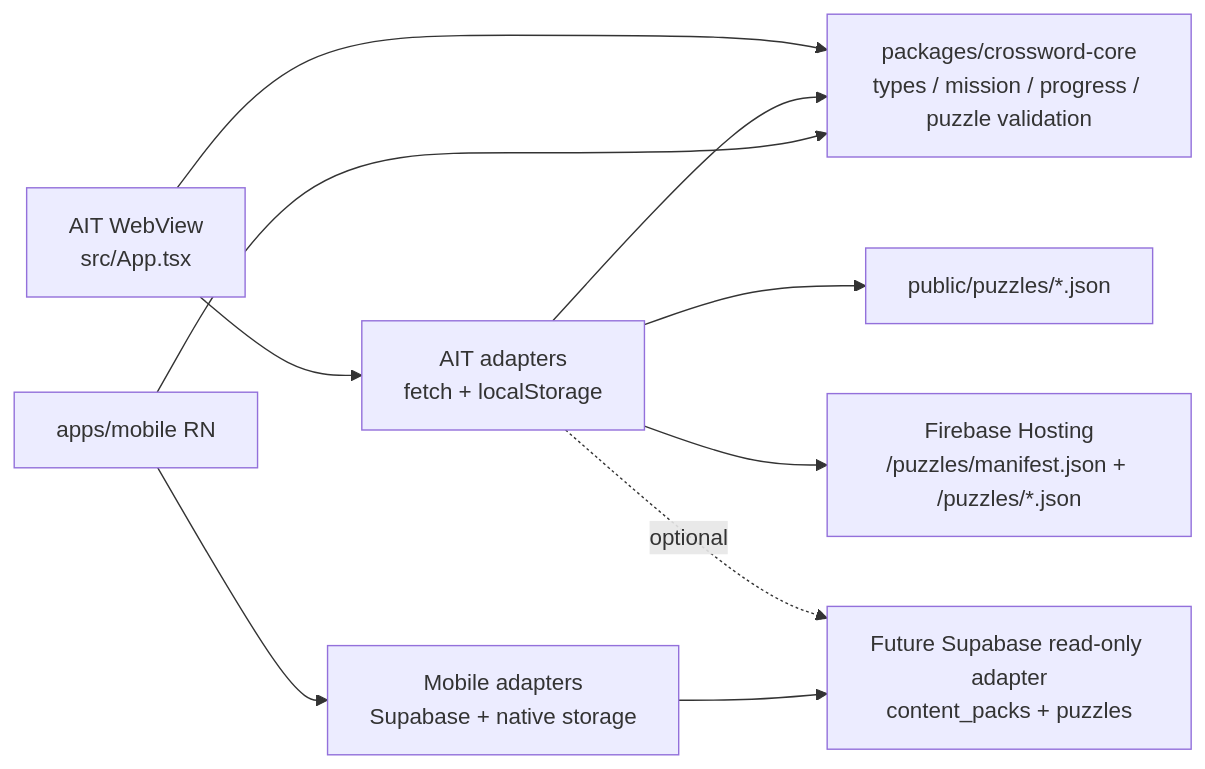
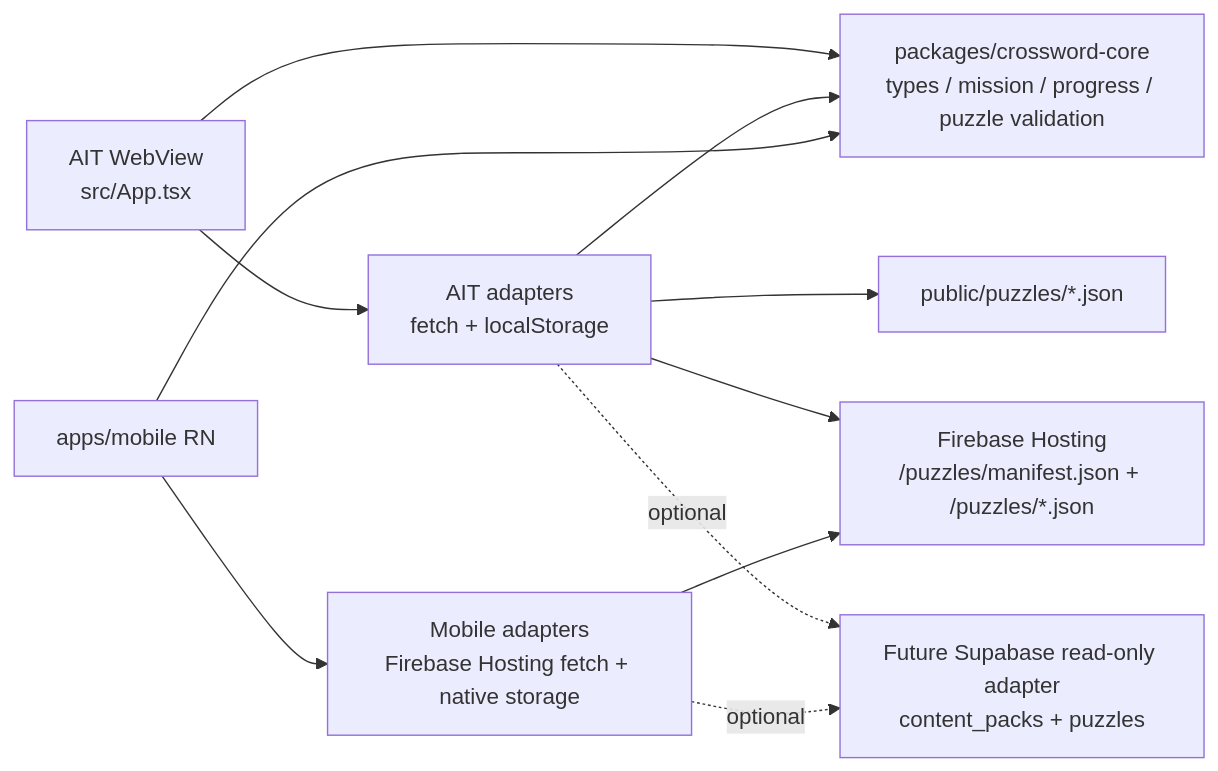
One commit to seorilabs/crossword-puzzle changed the second of 3 diagrams in docs/architecture.md. Above: the diagram before and after it, drawn with Mermaid. The commit also changed other lines of this file and 46 other files, not shown here.

````diff
--- a/docs/architecture.md
+++ b/docs/architecture.md
@@ -41,20 +41,21 @@
 ```mermaid
 flowchart LR
   Core["packages/crossword-core<br/>types / mission / progress / puzzle validation"]
   AIT["AIT WebView<br/>src/App.tsx"]
   AITAdapters["AIT adapters<br/>fetch + localStorage"]
   FirebaseHosting["Firebase Hosting<br/>/puzzles/manifest.json + /puzzles/*.json"]
   SupabaseRead["Future Supabase read-only adapter<br/>content_packs + puzzles"]
   Mobile["apps/mobile RN"]
-  MobileAdapters["Mobile adapters<br/>Supabase + native storage"]
+  MobileAdapters["Mobile adapters<br/>Firebase Hosting fetch + native storage"]
 
   AIT --> Core
   AIT --> AITAdapters
   AITAdapters --> Core
   AITAdapters --> Static["public/puzzles/*.json"]
   AITAdapters --> FirebaseHosting
   AITAdapters -. optional .-> SupabaseRead
   Mobile --> Core
   Mobile --> MobileAdapters
-  MobileAdapters --> SupabaseRead
+  MobileAdapters --> FirebaseHosting
+  MobileAdapters -. optional .-> SupabaseRead
 ```
````
